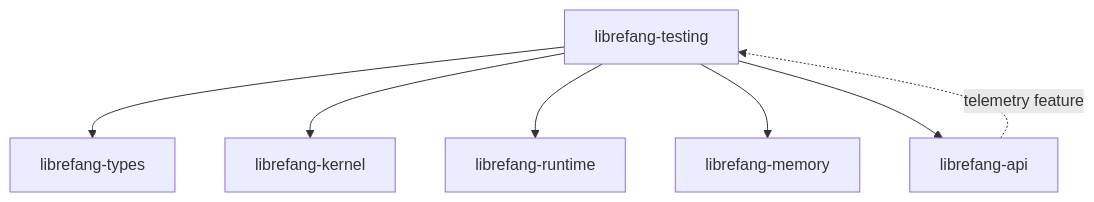
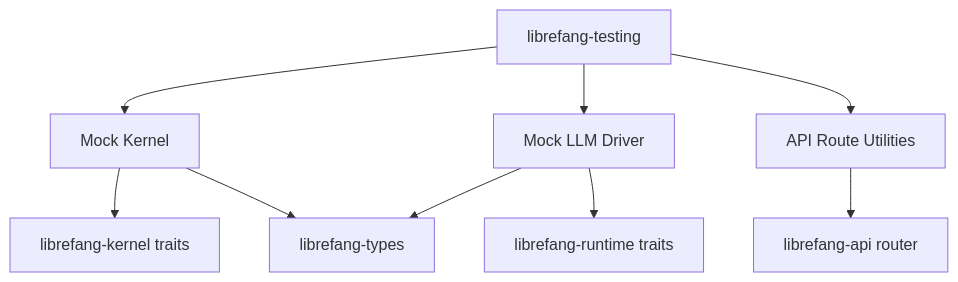
Before and after one commit to leszek3737/librefang-WIki: the diagram in other-librefang-testing.md, drawn with Mermaid. The commit also changed other lines of this file and 128 other files, not shown here.

````diff
--- a/other-librefang-testing.md
+++ b/other-librefang-testing.md
@@ -17,10 +70,11 @@
 ```mermaid
 graph TD
-    T[librefang-testing]
-    T --> KT[librefang-types]
-    T --> KK[librefang-kernel]
-    T --> KR[librefang-runtime]
-    T --> KM[librefang-memory]
-    T --> KA[librefang-api]
-    KA -.->|telemetry feature| T
+    T[librefang-testing] --> MK[Mock Kernel]
+    T --> ML[Mock LLM Driver]
+    T --> AU[API Route Utilities]
+    MK --> KT[librefang-kernel traits]
+    ML --> RT[librefang-runtime traits]
+    AU --> AP[librefang-api router]
+    MK --> TY[librefang-types]
+    ML --> TY
 ```
````
